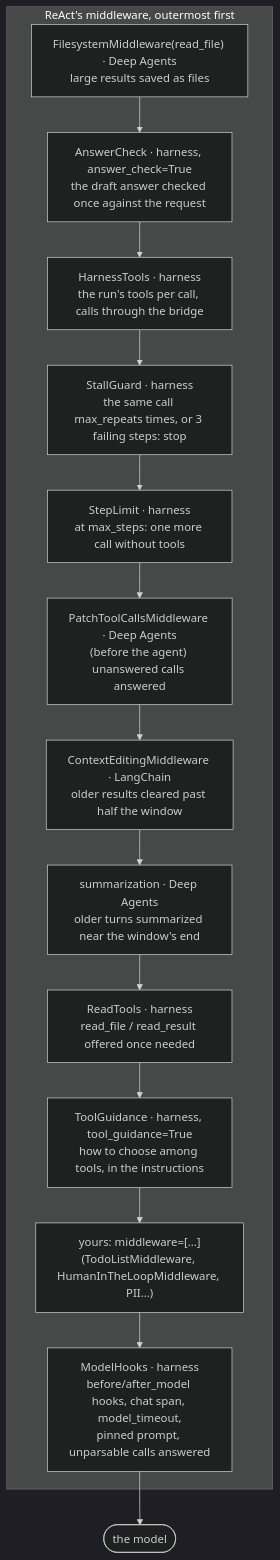
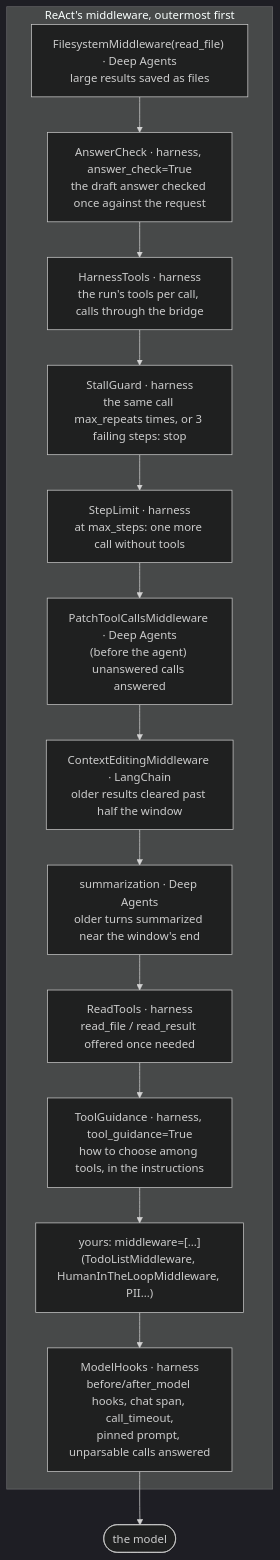
One commit to amitmohapatra/agent-harness changed the ninth of 10 diagrams in docs/architecture.md. Above: the diagram before and after it, drawn with Mermaid (dark theme). The commit also changed other lines of this file and 244 other files, not shown here.

````diff
--- a/docs/architecture.md
+++ b/docs/architecture.md
@@ -452,18 +451,18 @@
 ```mermaid
 flowchart TB
   subgraph stack["ReAct's middleware, outermost first"]
     fs["FilesystemMiddleware(read_file) · Deep Agents<br/>large results saved as files"]
     ac["AnswerCheck · harness, answer_check=True<br/>the draft answer checked once against the request"]
     ht["HarnessTools · harness<br/>the run's tools per call, calls through the bridge"]
     sg["StallGuard · harness<br/>the same call max_repeats times, or 3 failing steps: stop"]
     sl["StepLimit · harness<br/>at max_steps: one more call without tools"]
     pt["PatchToolCallsMiddleware · Deep Agents<br/>(before the agent) unanswered calls answered"]
     ce["ContextEditingMiddleware · LangChain<br/>older results cleared past half the window"]
     su["summarization · Deep Agents<br/>older turns summarized near the window's end"]
     rt["ReadTools · harness<br/>read_file / read_result offered once needed"]
     tg["ToolGuidance · harness, tool_guidance=True<br/>how to choose among tools, in the instructions"]
     yours["yours: middleware=[...]<br/>(TodoListMiddleware, HumanInTheLoopMiddleware, PII...)"]
-    mh["ModelHooks · harness<br/>before/after_model hooks, chat span, model_timeout,<br/>pinned prompt, unparsable calls answered"]
+    mh["ModelHooks · harness<br/>before/after_model hooks, chat span, call_timeout,<br/>pinned prompt, unparsable calls answered"]
   end
   fs --> ac --> ht --> sg --> sl --> pt --> ce --> su --> rt --> tg --> yours --> mh --> model(["the model"])
 ```
````
